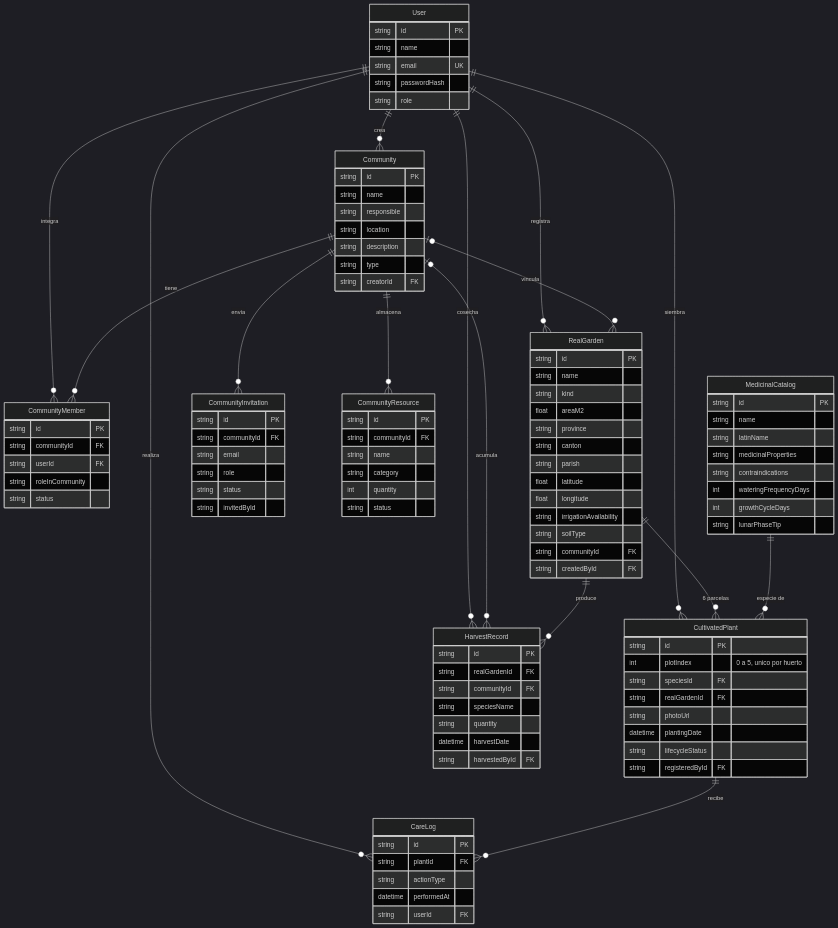
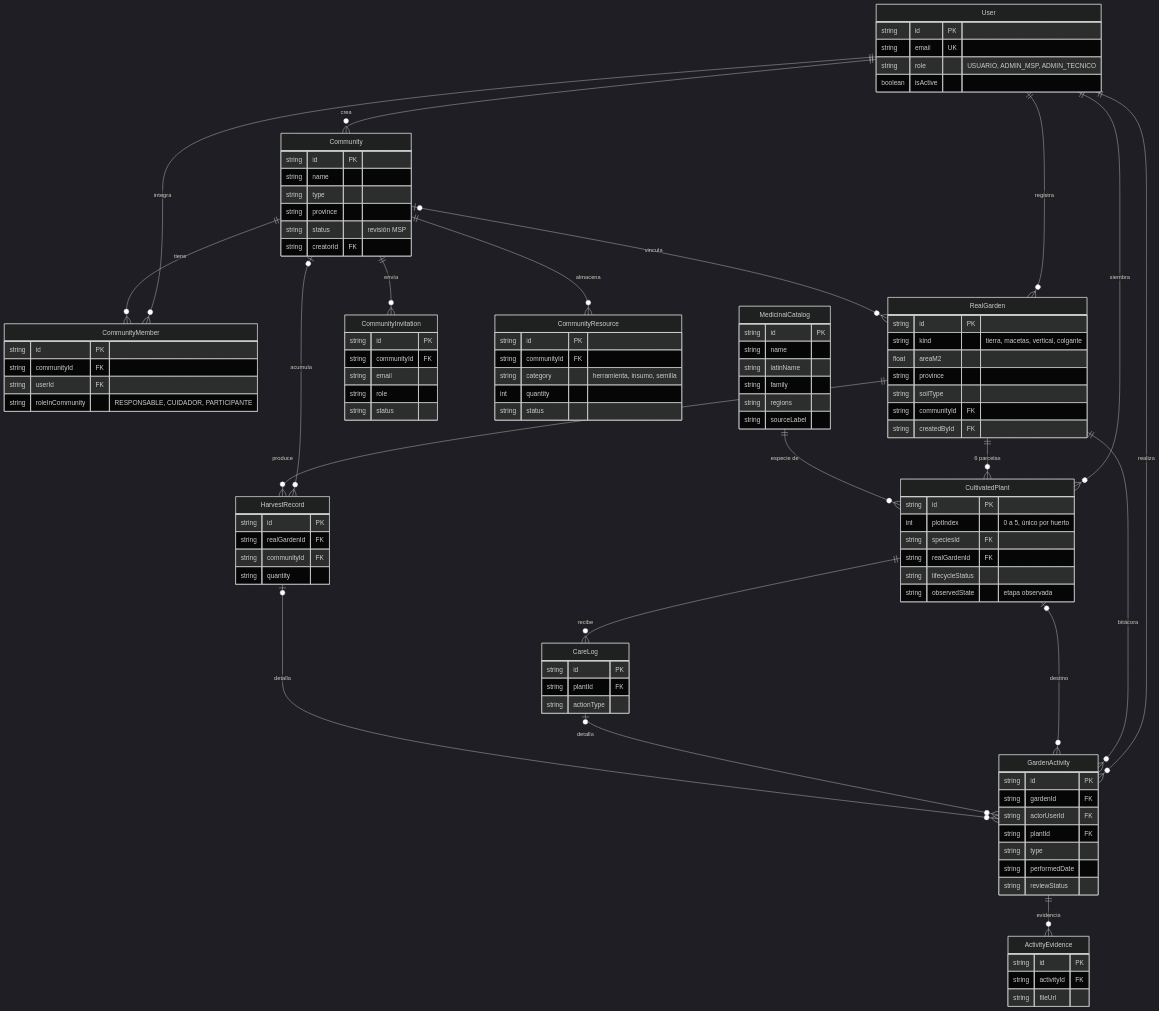
The diagram in docs/informe/der-v1.mmd (ItsLeonel/OptiCode-Kawsapacha), drawn with Mermaid (dark theme) before and after one commit. The commit also changed 12 other files, not shown here.

```diff
--- a/docs/informe/der-v1.mmd
+++ b/docs/informe/der-v1.mmd
@@ -1,107 +1,105 @@
 erDiagram
     User ||--o{ Community : "crea"
     User ||--o{ CommunityMember : "integra"
     User ||--o{ RealGarden : "registra"
     User ||--o{ CultivatedPlant : "siembra"
-    User ||--o{ CareLog : "realiza"
-    User ||--o{ HarvestRecord : "cosecha"
+    User ||--o{ GardenActivity : "realiza"
     Community ||--o{ CommunityMember : "tiene"
     Community ||--o{ CommunityInvitation : "envía"
     Community |o--o{ RealGarden : "vincula"
     Community ||--o{ CommunityResource : "almacena"
     Community |o--o{ HarvestRecord : "acumula"
     RealGarden ||--o{ CultivatedPlant : "6 parcelas"
+    RealGarden ||--o{ GardenActivity : "bitácora"
     RealGarden ||--o{ HarvestRecord : "produce"
     MedicinalCatalog ||--o{ CultivatedPlant : "especie de"
     CultivatedPlant ||--o{ CareLog : "recibe"
+    CultivatedPlant |o--o{ GardenActivity : "destino"
+    GardenActivity ||--o{ ActivityEvidence : "evidencia"
+    CareLog |o--o{ GardenActivity : "detalla"
+    HarvestRecord |o--o{ GardenActivity : "detalla"
 
     User {
         string id PK
-        string name
         string email UK
-        string passwordHash
-        string role
+        string role "USUARIO, ADMIN_MSP, ADMIN_TECNICO"
+        boolean isActive
     }
     Community {
         string id PK
         string name
-        string responsible
-        string location
-        string description
         string type
+        string province
+        string status "revisión MSP"
         string creatorId FK
     }
     CommunityMember {
         string id PK
         string communityId FK
         string userId FK
-        string roleInCommunity
-        string status
+        string roleInCommunity "RESPONSABLE, CUIDADOR, PARTICIPANTE"
     }
     CommunityInvitation {
         string id PK
         string communityId FK
         string email
         string role
         string status
-        string invitedById
     }
     RealGarden {
         string id PK
-        string name
-        string kind
+        string kind "tierra, macetas, vertical, colgante"
         float areaM2
         string province
-        string canton
-        string parish
-        float latitude
-        float longitude
-        string irrigationAvailability
         string soilType
         string communityId FK
         string createdById FK
     }
     MedicinalCatalog {
         string id PK
         string name
         string latinName
-        string medicinalProperties
-        string contraindications
-        int wateringFrequencyDays
-        int growthCycleDays
-        string lunarPhaseTip
+        string family
+        string regions
+        string sourceLabel
     }
     CultivatedPlant {
         string id PK
-        int plotIndex "0 a 5, unico por huerto"
+        int plotIndex "0 a 5, único por huerto"
         string speciesId FK
         string realGardenId FK
-        string photoUrl
-        datetime plantingDate
         string lifecycleStatus
-        string registeredById FK
+        string observedState "etapa observada"
+    }
+    GardenActivity {
+        string id PK
+        string gardenId FK
+        string actorUserId FK
+        string plantId FK
+        string type
+        string performedDate
+        string reviewStatus
+    }
+    ActivityEvidence {
+        string id PK
+        string activityId FK
+        string fileUrl
     }
     CareLog {
         string id PK
         string plantId FK
         string actionType
-        datetime performedAt
-        string userId FK
     }
     HarvestRecord {
         string id PK
         string realGardenId FK
         string communityId FK
-        string speciesName
         string quantity
-        datetime harvestDate
-        string harvestedById FK
     }
     CommunityResource {
         string id PK
         string communityId FK
-        string name
-        string category
+        string category "herramienta, insumo, semilla"
         int quantity
         string status
     }
```
